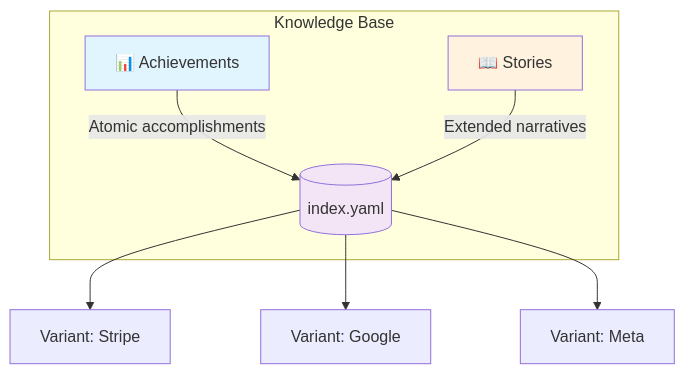
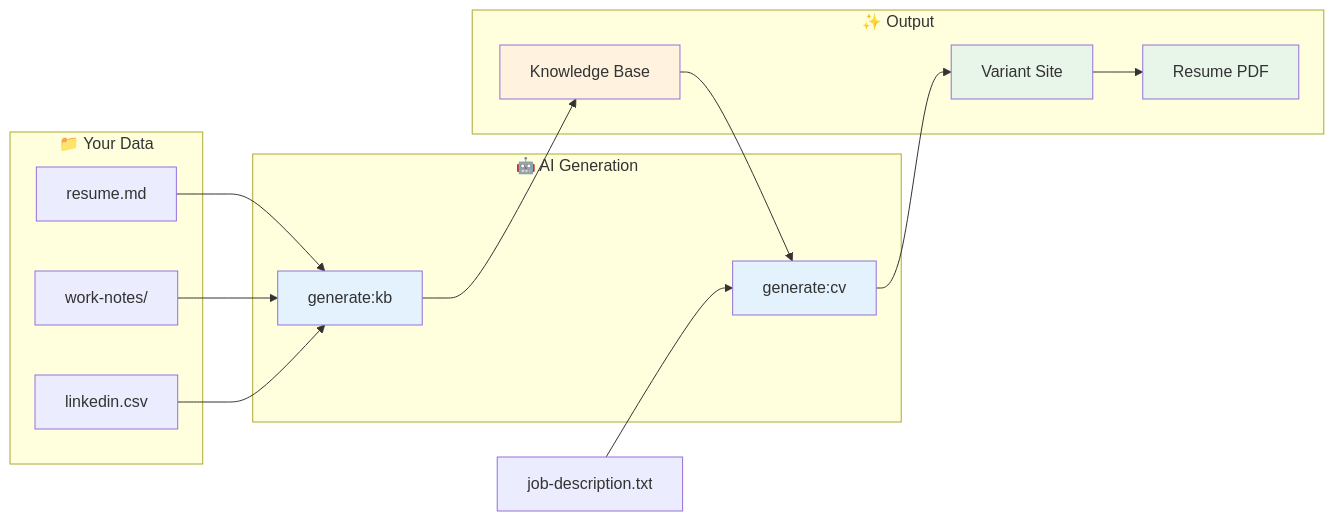
Before and after one commit to fotescodev/portfolio: the diagram in docs/guides/KNOWLEDGE_BASE_SETUP_GUIDE.md, drawn with Mermaid. The commit also changed other lines of this file and 7 other files, not shown here.

Commit message:
Claude/knowledge base setup guide le i nc (#101)

````diff
--- a/docs/guides/KNOWLEDGE_BASE_SETUP_GUIDE.md
+++ b/docs/guides/KNOWLEDGE_BASE_SETUP_GUIDE.md
@@ -225,15 +75,34 @@
 ```mermaid
-graph TB
-    subgraph "Knowledge Base"
-        A[📊 Achievements] --> |"Atomic accomplishments"| KB[(index.yaml)]
-        S[📖 Stories] --> |"Extended narratives"| KB
+flowchart LR
+    subgraph INPUT ["📁 Your Data"]
+        A[resume.md]
+        B[work-notes/]
+        C[linkedin.csv]
     end
 
-    KB --> V1[Variant: Stripe]
-    KB --> V2[Variant: Google]
-    KB --> V3[Variant: Meta]
+    subgraph GENERATE ["🤖 AI Generation"]
+        D[generate:kb]
+        E[generate:cv]
+    end
 
-    style A fill:#e1f5fe
-    style S fill:#fff3e0
-    style KB fill:#f3e5f5
+    subgraph OUTPUT ["✨ Output"]
+        F[Knowledge Base]
+        G[Variant Site]
+        H[Resume PDF]
+    end
+
+    A --> D
+    B --> D
+    C --> D
+    D --> F
+    F --> E
+    JD[job-description.txt] --> E
+    E --> G
+    G --> H
+
+    style D fill:#e3f2fd
+    style E fill:#e3f2fd
+    style F fill:#fff3e0
+    style G fill:#e8f5e9
+    style H fill:#e8f5e9
 ```
````
